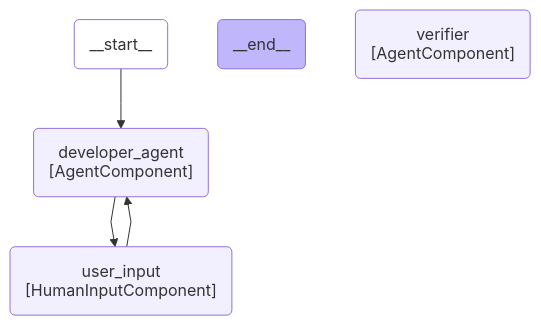
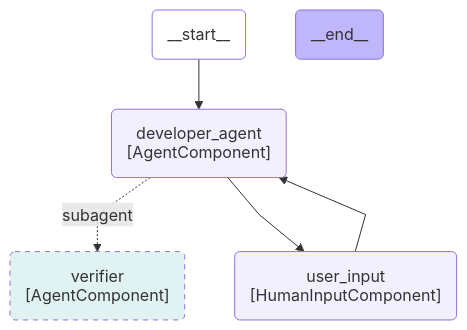
Before and after one commit to movax01h/ai-gateway: diagram 18 of 45 in docs/duo_workflow_service_graphs.md, drawn with Mermaid. The commit also changed other lines of this file and 1 other file, not shown here.

Commit message:
fix: handle subagents in graph doc

````diff
--- a/docs/duo_workflow_service_graphs.md
+++ b/docs/duo_workflow_service_graphs.md
@@ -507,19 +507,21 @@
 ```mermaid
 ---
 config:
     flowchart:
         curve: linear
 ---
 graph TD;
     __start__(__start__):::first;
     __end__(__end__):::last;
     __start__ --> developer_agent;
     developer_agent(developer_agent<br>#91;AgentComponent#93;);
-    verifier(verifier<br>#91;AgentComponent#93;);
+    verifier(verifier<br>#91;AgentComponent#93;):::subagent;
     user_input(user_input<br>#91;HumanInputComponent#93;);
+    developer_agent -.->|"subagent"| verifier;
     developer_agent --> user_input;
     user_input --> developer_agent;
     classDef default fill:#f2f0ff,line-height:1.2;
     classDef first fill-opacity:0;
     classDef last fill:#bfb6fc;
+    classDef subagent fill:#e0f2f1,stroke-dasharray:5 5;
 ```
````
